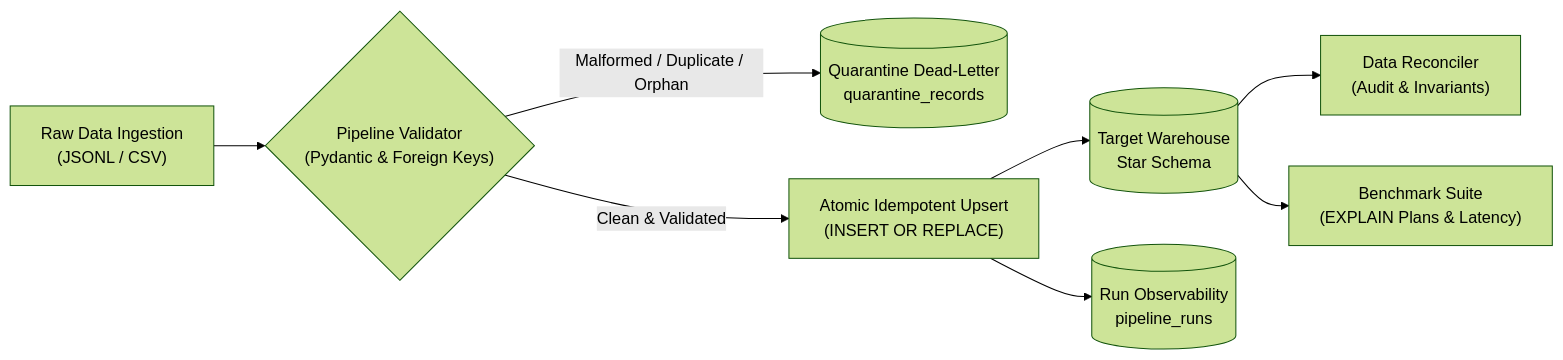
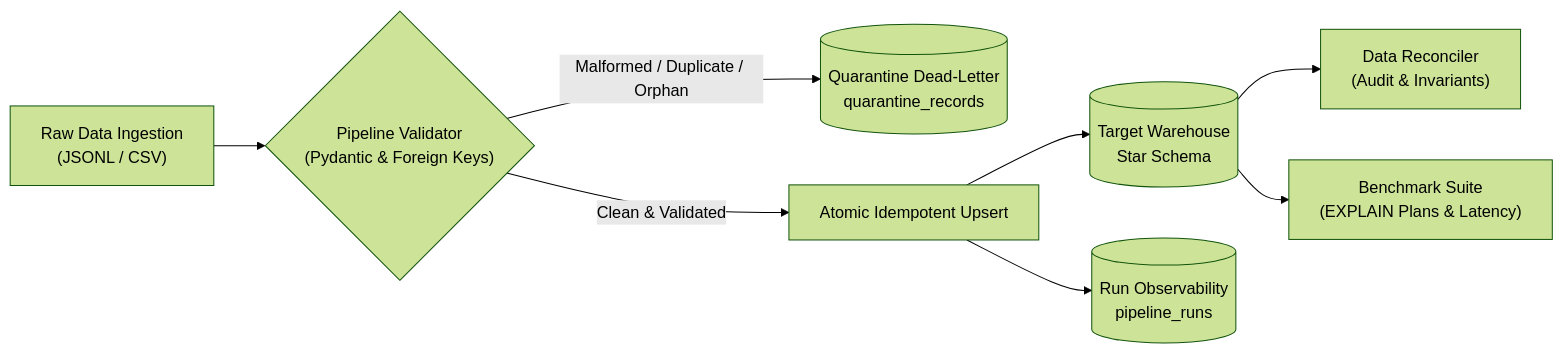
The diagram in README.md (Bheemalingappa/analytical-workload-optimization), drawn with Mermaid (forest theme) before and after one commit. The commit also changed other lines of this file, not shown here.

````diff
--- a/README.md
+++ b/README.md
@@ -27,10 +38,10 @@
 ```mermaid
 flowchart LR
     A["Raw Data Ingestion<br/>(JSONL / CSV)"] --> B{"Pipeline Validator<br/>(Pydantic & Foreign Keys)"}
     B -- "Malformed / Duplicate / Orphan" --> C[("Quarantine Dead-Letter<br/>quarantine_records")]
-    B -- "Clean & Validated" --> D["Atomic Idempotent Upsert<br/>(INSERT OR REPLACE)"]
+    B -- "Clean & Validated" --> D["Atomic Idempotent Upsert"]
     D --> E[("Target Warehouse<br/>Star Schema")]
     D --> F[("Run Observability<br/>pipeline_runs")]
     E --> G["Data Reconciler<br/>(Audit & Invariants)"]
     E --> H["Benchmark Suite<br/>(EXPLAIN Plans & Latency)"]
 ```
````
